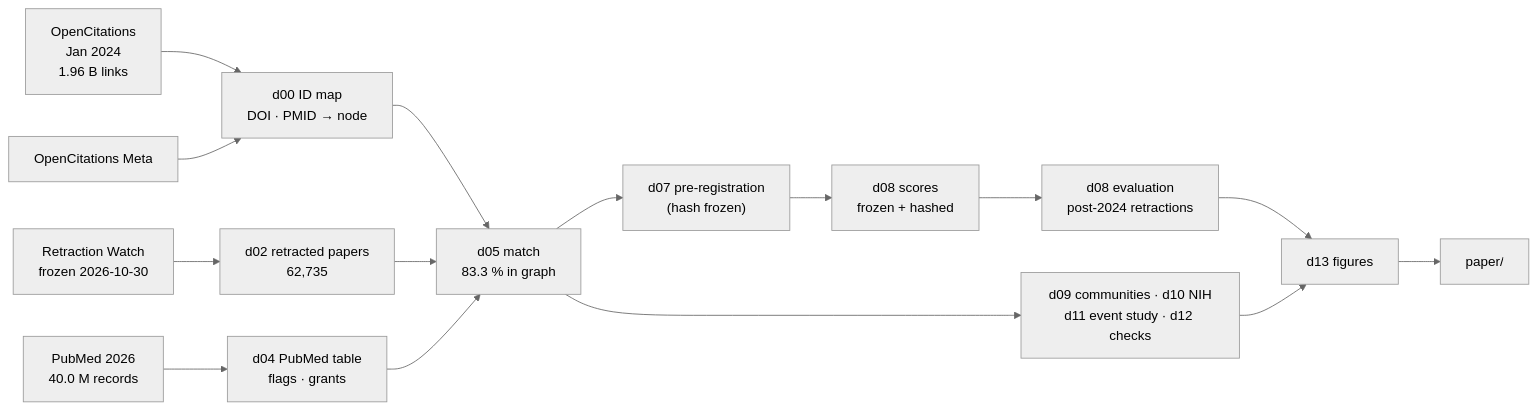
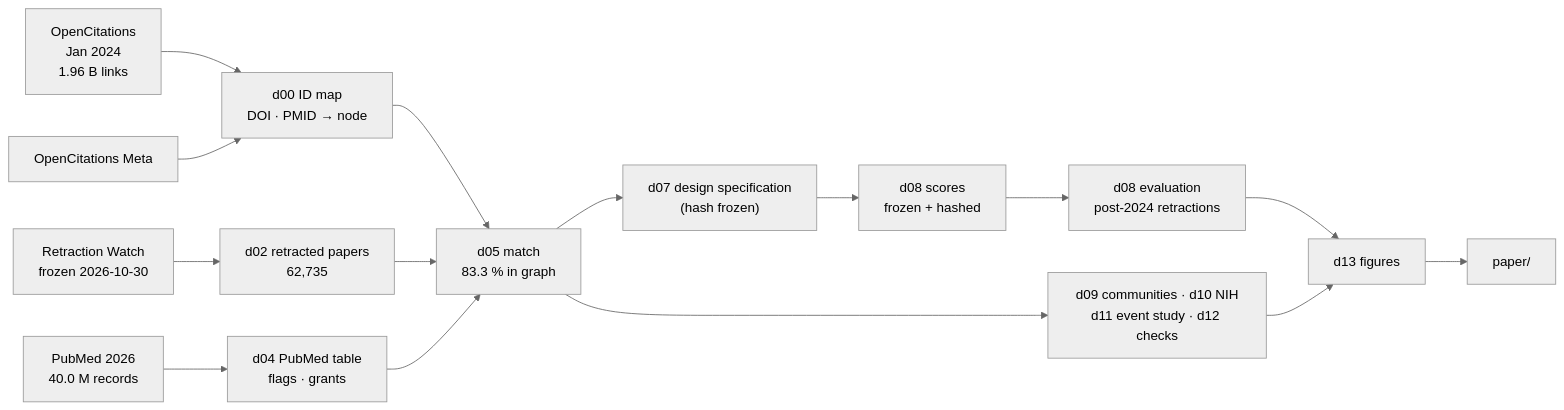
One commit to HosseinMA96/retracted-neighbours-open-data changed the diagram in README.md. Above: the diagram before and after it, drawn with Mermaid (neutral theme). The commit also changed other lines of this file and 22 other files, not shown here.

Commit message:
Paper v0.5: pre-specified design wording; post hoc length and review analyses (d15)

````diff
--- a/README.md
+++ b/README.md
@@ -76,17 +78,17 @@
 ```mermaid
 flowchart LR
   OC["OpenCitations<br/>Jan 2024<br/>1.96 B links"] --> IDS["d00 ID map<br/>DOI · PMID → node"]
   META["OpenCitations Meta"] --> IDS
   RW["Retraction Watch<br/>frozen 2026-10-30"] --> RWT["d02 retracted papers<br/>62,735"]
   PM["PubMed 2026<br/>40.0 M records"] --> PMT["d04 PubMed table<br/>flags · grants"]
   IDS --> MATCH["d05 match<br/>83.3 % in graph"]
   RWT --> MATCH
   PMT --> MATCH
-  MATCH --> PRE["d07 pre-registration<br/>(hash frozen)"]
+  MATCH --> PRE["d07 design specification<br/>(hash frozen)"]
   PRE --> SC["d08 scores<br/>frozen + hashed"]
   SC --> EV["d08 evaluation<br/>post-2024 retractions"]
   MATCH --> SUP["d09 communities · d10 NIH<br/>d11 event study · d12 checks"]
   EV --> FIG["d13 figures"]
   SUP --> FIG
   FIG --> PAPER["paper/"]
 ```
````
